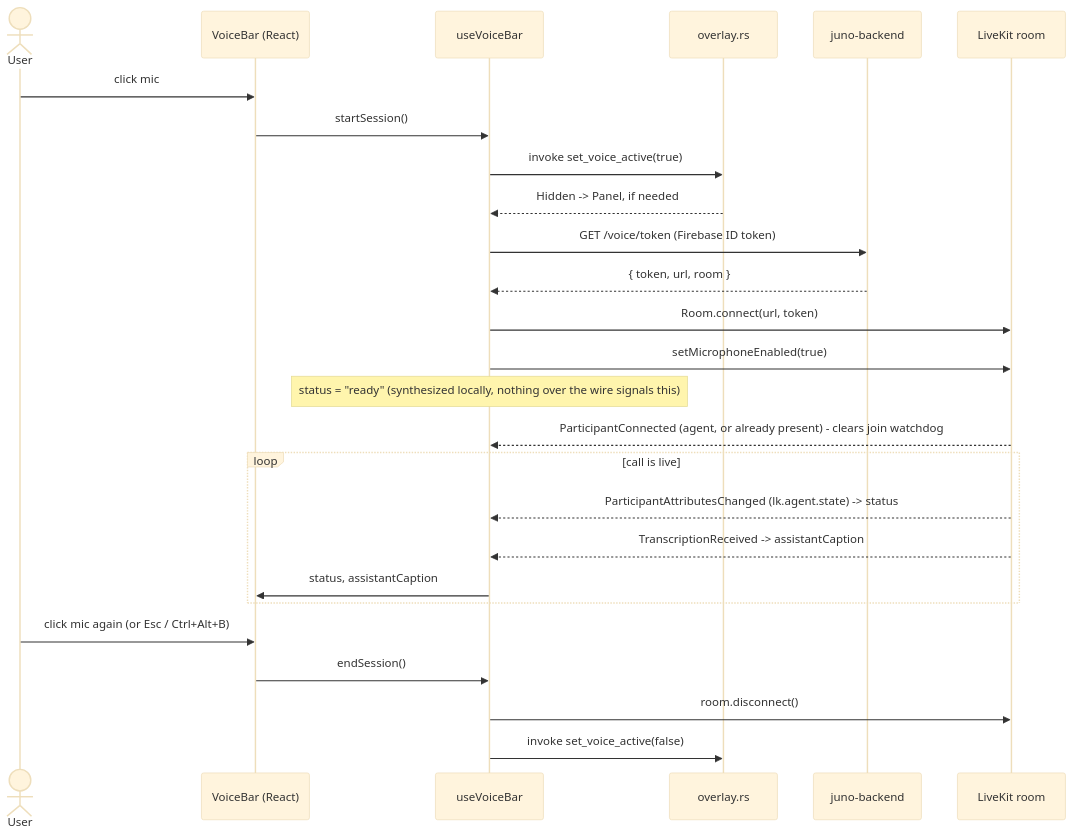
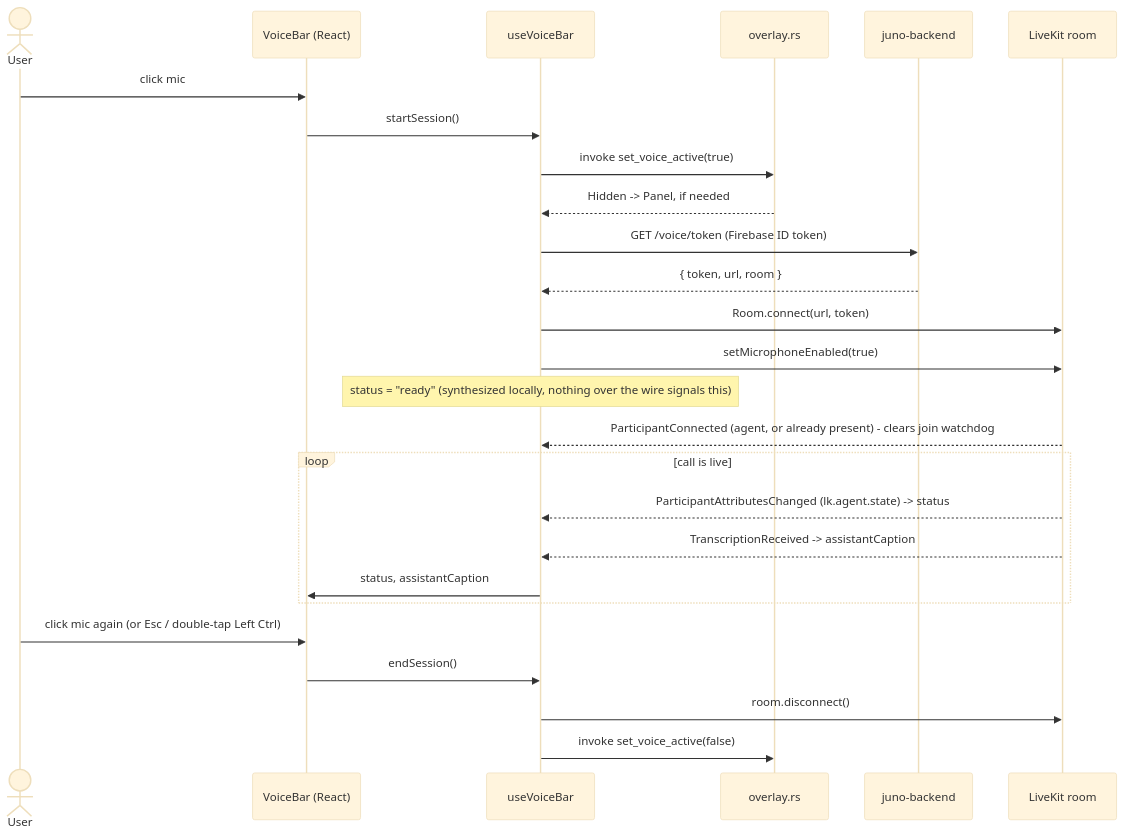
One commit to AuraVoice/Aura-Desktop changed the third of 6 diagrams in README.md. Above: the diagram before and after it, drawn with Mermaid (base theme). The commit also changed other lines of this file and 2 other files, not shown here.

````diff
--- a/README.md
+++ b/README.md
@@ -214,29 +214,29 @@
 ```mermaid
 sequenceDiagram
     actor User
     participant Bar as VoiceBar (React)
     participant Hook as useVoiceBar
     participant Rust as overlay.rs
     participant Backend as juno-backend
     participant LK as LiveKit room
 
     User->>Bar: click mic
     Bar->>Hook: startSession()
     Hook->>Rust: invoke set_voice_active(true)
     Rust-->>Hook: Hidden -> Panel, if needed
     Hook->>Backend: GET /voice/token (Firebase ID token)
     Backend-->>Hook: { token, url, room }
     Hook->>LK: Room.connect(url, token)
     Hook->>LK: setMicrophoneEnabled(true)
     Note over Hook: status = "ready" (synthesized locally, nothing over the wire signals this)
     LK-->>Hook: ParticipantConnected (agent, or already present) - clears join watchdog
     loop call is live
         LK-->>Hook: ParticipantAttributesChanged (lk.agent.state) -> status
         LK-->>Hook: TranscriptionReceived -> assistantCaption
         Hook->>Bar: status, assistantCaption
     end
-    User->>Bar: click mic again (or Esc / Ctrl+Alt+B)
+    User->>Bar: click mic again (or Esc / double-tap Left Ctrl)
     Bar->>Hook: endSession()
     Hook->>LK: room.disconnect()
     Hook->>Rust: invoke set_voice_active(false)
 ```
````
